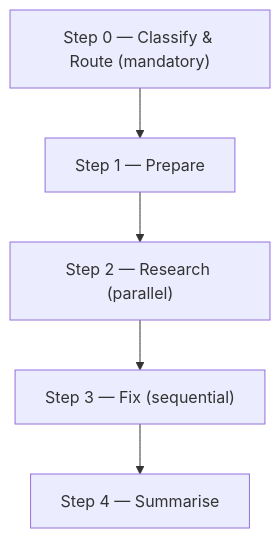
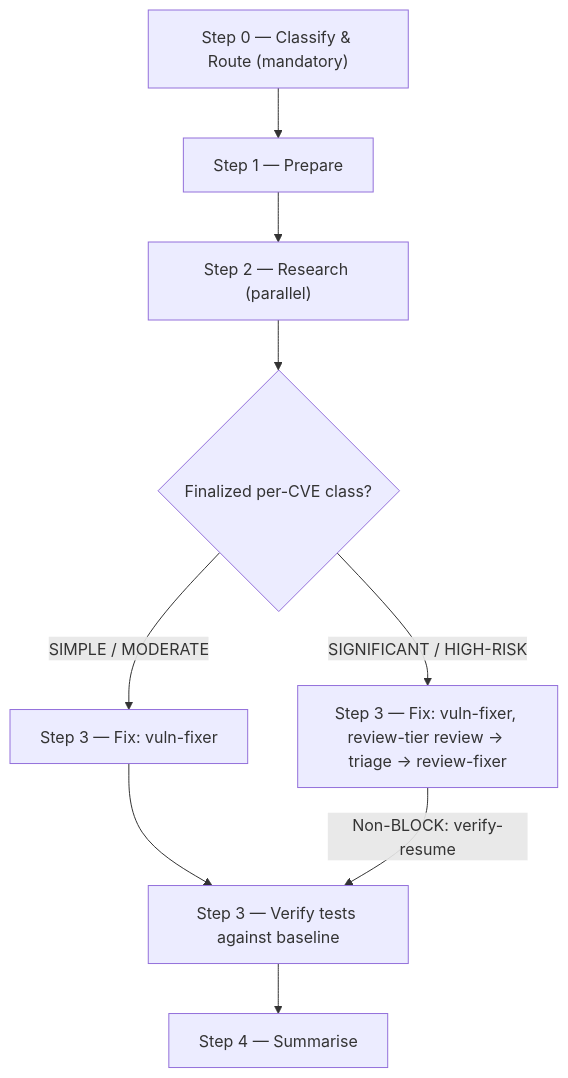
One commit to ihudak/ihudak-copilot-plugins changed the diagram in dev-workflows/docs/skills/vuln.md. Above: the diagram before and after it, drawn with Mermaid. The commit also changed 20 other files, not shown here.

First line of the commit message:
fix: workflow contracts — baseliner rows, release-note gap kinds, diagrams

````diff
--- a/dev-workflows/docs/skills/vuln.md
+++ b/dev-workflows/docs/skills/vuln.md
@@ -19,7 +19,11 @@
 ```mermaid
 flowchart TD
     s0["Step 0 — Classify & Route (mandatory)"] --> s1["Step 1 — Prepare"]
     s1 --> s2["Step 2 — Research (parallel)"]
-    s2 --> s3["Step 3 — Fix (sequential)"]
-    s3 --> s4["Step 4 — Summarise"]
+    s2 --> d1{"Finalized per-CVE class?"}
+    d1 -->|"SIMPLE / MODERATE"| s3a["Step 3 — Fix: vuln-fixer"]
+    d1 -->|"SIGNIFICANT / HIGH-RISK"| s3b["Step 3 — Fix: vuln-fixer, review-tier review → triage → review-fixer"]
+    s3a --> verify["Step 3 — Verify tests against baseline"]
+    s3b -->|"Non-BLOCK: verify-resume"| verify
+    verify --> s4["Step 4 — Summarise"]
 ```
````
